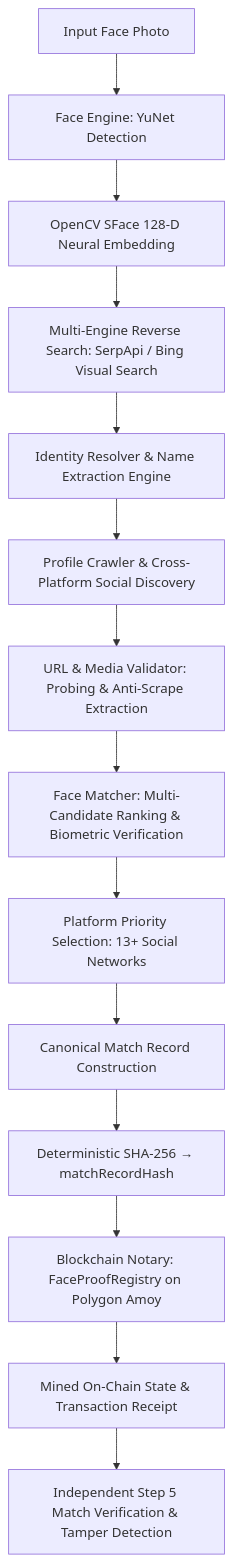
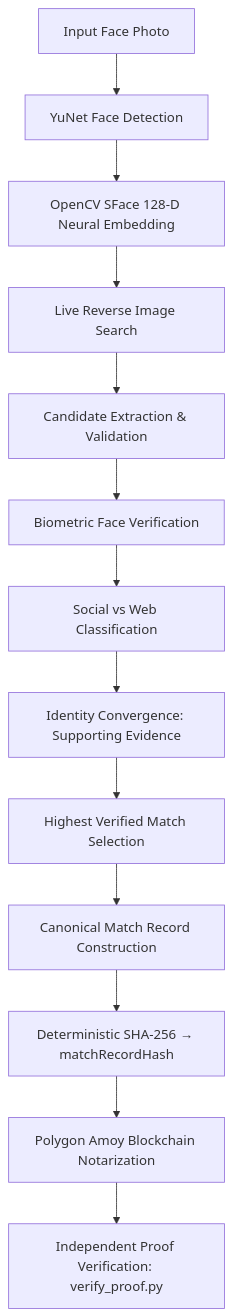
Before and after one commit to theanshukr/Facemap: the first of 3 diagrams in README.md, drawn with Mermaid. The commit also changed other lines of this file, not shown here.

````diff
--- a/README.md
+++ b/README.md
@@ -15,16 +15,15 @@
 ```mermaid
 graph TD
-    A[Input Face Photo] --> B[Face Engine: YuNet Detection]
+    A[Input Face Photo] --> B[YuNet Face Detection]
     B --> C[OpenCV SFace 128-D Neural Embedding]
-    C --> D[Multi-Engine Reverse Search: SerpApi / Bing Visual Search]
-    D --> E[Identity Resolver & Name Extraction Engine]
-    E --> F[Profile Crawler & Cross-Platform Social Discovery]
-    F --> G[URL & Media Validator: Probing & Anti-Scrape Extraction]
-    G --> H[Face Matcher: Multi-Candidate Ranking & Biometric Verification]
-    H --> I[Platform Priority Selection: 13+ Social Networks]
+    C --> D[Live Reverse Image Search]
+    D --> E[Candidate Extraction & Validation]
+    E --> F[Biometric Face Verification]
+    F --> G[Social vs Web Classification]
+    G --> H[Identity Convergence: Supporting Evidence]
+    H --> I[Highest Verified Match Selection]
     I --> J[Canonical Match Record Construction]
     J --> K[Deterministic SHA-256 → matchRecordHash]
-    K --> L[Blockchain Notary: FaceProofRegistry on Polygon Amoy]
-    L --> M[Mined On-Chain State & Transaction Receipt]
-    M --> N[Independent Step 5 Match Verification & Tamper Detection]
+    K --> L[Polygon Amoy Blockchain Notarization]
+    L --> M[Independent Proof Verification: verify_proof.py]
 ```
````
